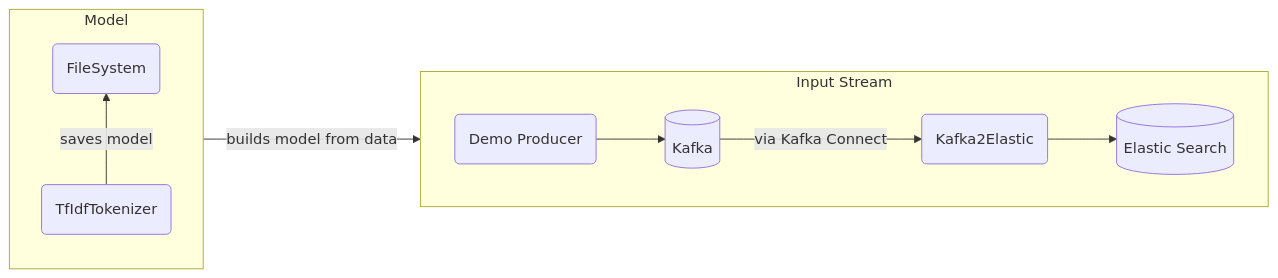
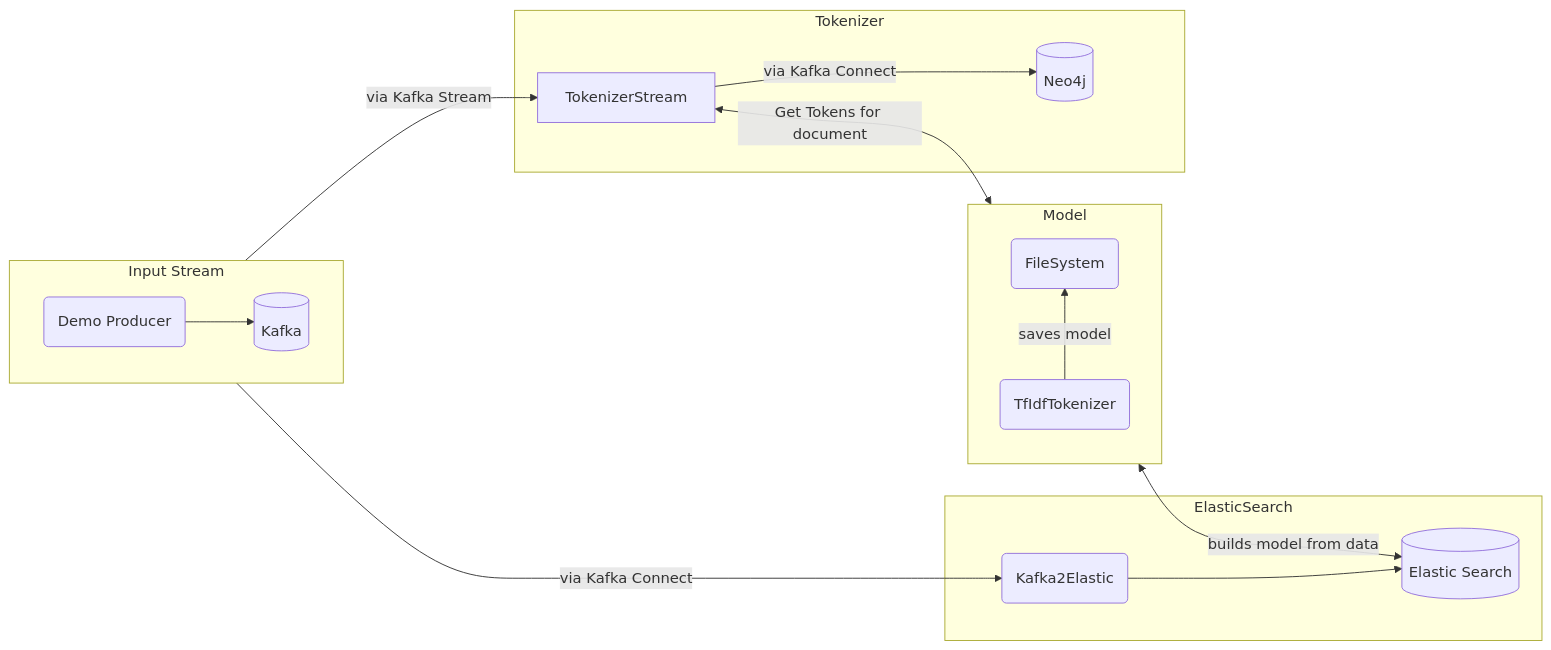
Before and after one commit to koaNam/YATA2: the diagram in README.md, drawn with Mermaid. The commit also changed other lines of this file, not shown here.

Commit message:
Added further documentation

````diff
--- a/README.md
+++ b/README.md
@@ -5,14 +5,21 @@
 ```mermaid
 flowchart LR
 subgraph Input Stream
 direction LR
 DP(Demo Producer) -->Kafka[(Kafka)]
-Kafka -->|via Kafka Connect| K2E(Kafka2Elastic)
-K2E--> Elastic[(Elastic Search)]
 end
 subgraph Model
 direction BT
-Tokenizer(TfIdfTokenizer) --> |builds model from data| Elastic
-Tokenizer -->|saves model| FileSystem(FileSystem)
+T -->|saves model| FileSystem(FileSystem)
+end
+subgraph ElasticSearch
+Kafka -->|via Kafka Connect| K2E(Kafka2Elastic)
+K2E--> Elastic[(Elastic Search)]
+T(TfIdfTokenizer) <--> |builds model from data| Elastic
+end
+subgraph Tokenizer
+Kafka -->|via Kafka Stream| TokenizerStream
+TokenizerStream <-->|Get Tokens for document| T
+TokenizerStream -->|via Kafka Connect| Neo4j[(Neo4j)]
 end
 ```
````
